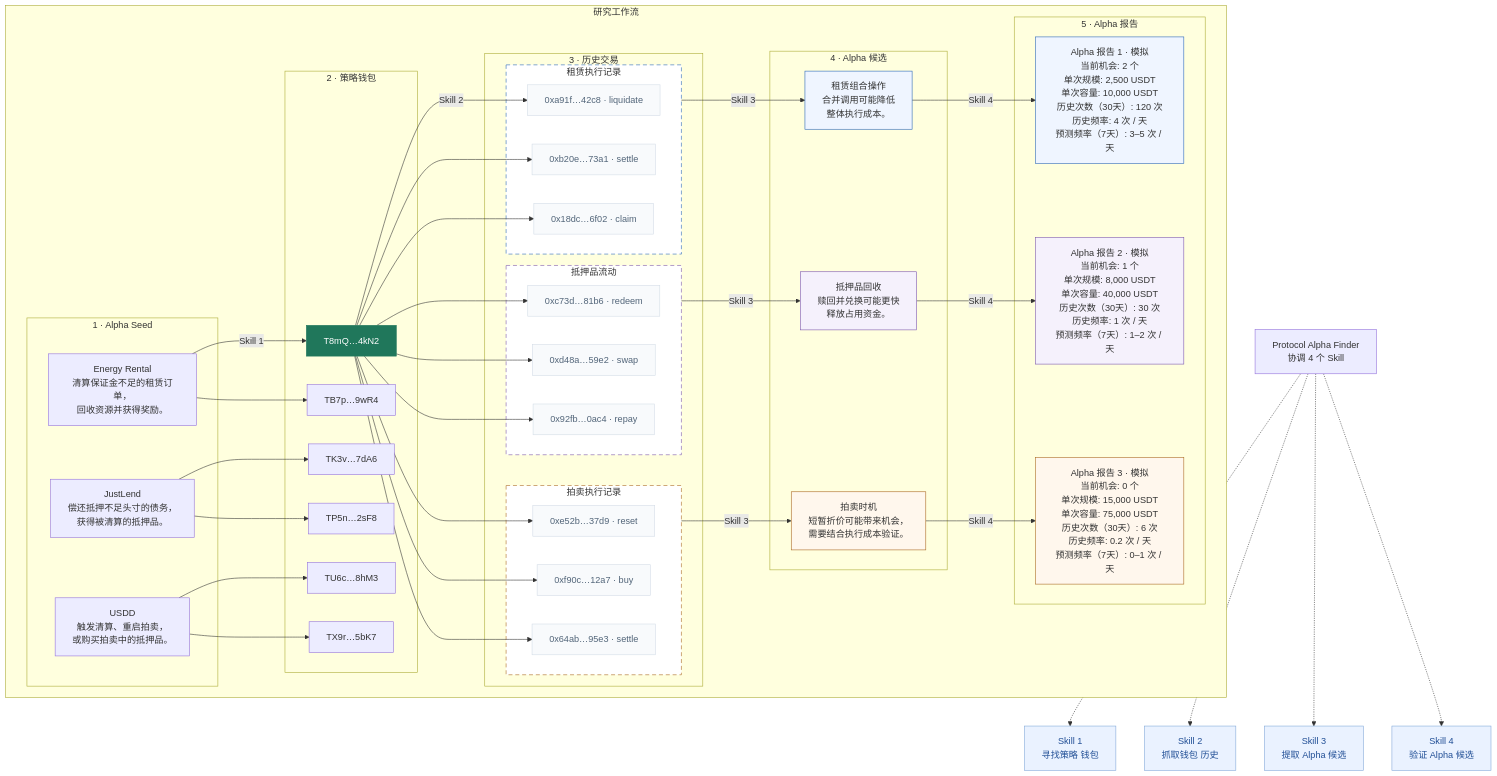
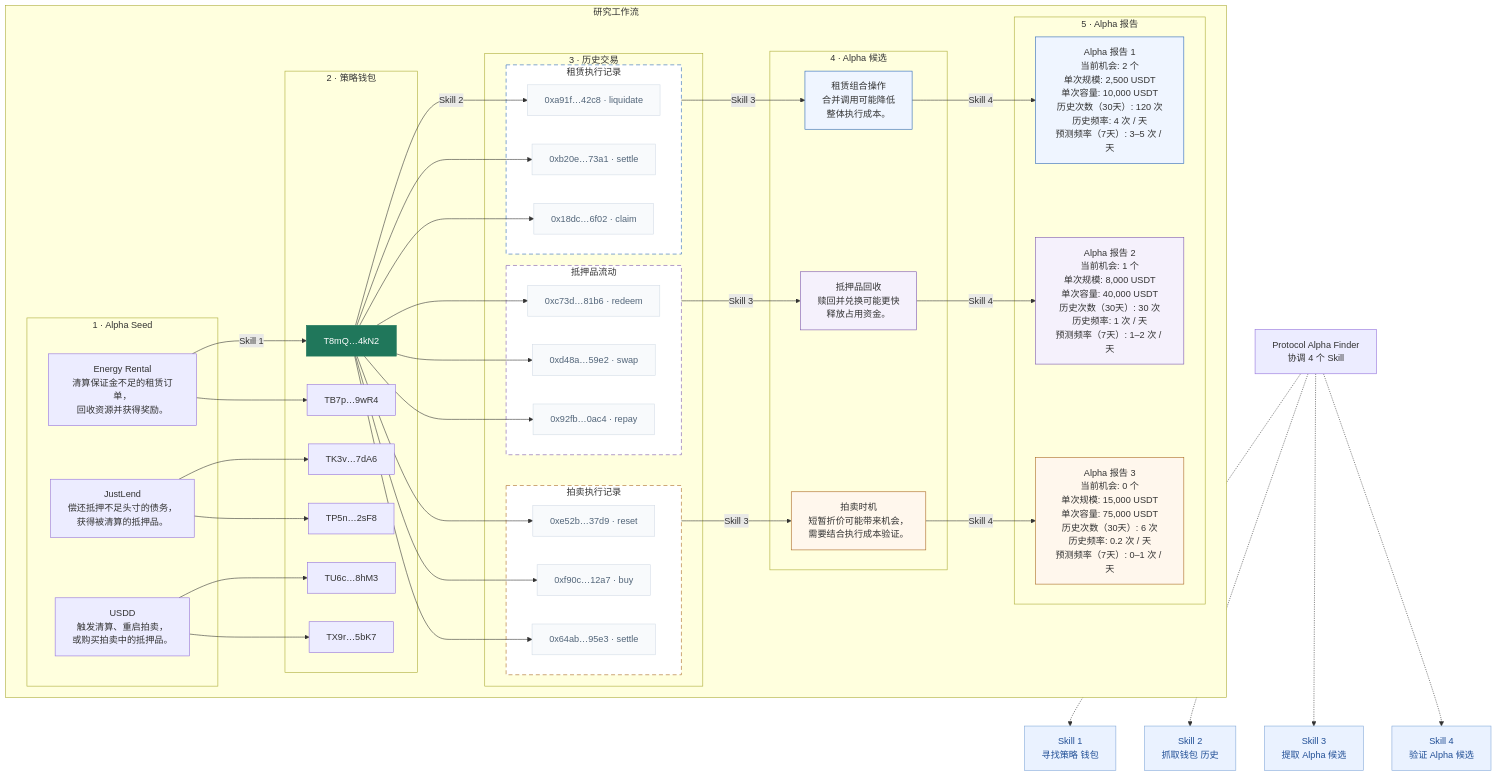
The diagram in docs/diagrams/system-architecture-zh-CN.mmd (qinyh10300/protocol-alpha-finder), drawn with Mermaid before and after one commit. The commit also changed 6 other files, not shown here.

Commit message:
Remove visible mock labels from architecture diagram

```diff
--- a/docs/diagrams/system-architecture-zh-CN.mmd
+++ b/docs/diagrams/system-architecture-zh-CN.mmd
@@ -1,98 +1,98 @@
 flowchart TB
     subgraph FLOW["研究工作流"]
         direction LR
         subgraph SEEDS["1 · Alpha Seed"]
             SEED0["Energy Rental<br/>清算保证金不足的租赁订单，<br/>回收资源并获得奖励。"]
             SEED1["JustLend<br/>偿还抵押不足头寸的债务，<br/>获得被清算的抵押品。"]
             SEED2["USDD<br/>触发清算、重启拍卖，<br/>或购买拍卖中的抵押品。"]
         end
         subgraph WALLETS["2 · 策略钱包"]
             WALLET0["T8mQ…4kN2"]
             WALLET1["TB7p…9wR4"]
             WALLET2["TK3v…7dA6"]
             WALLET3["TP5n…2sF8"]
             WALLET4["TU6c…8hM3"]
             WALLET5["TX9r…5bK7"]
         end
         subgraph HISTORYS["3 · 历史交易"]
             subgraph HISTORY0["租赁执行记录"]
                 TX00["0xa91f…42c8 · liquidate"]
                 TX01["0xb20e…73a1 · settle"]
                 TX02["0x18dc…6f02 · claim"]
             end
             subgraph HISTORY1["抵押品流动"]
                 TX10["0xc73d…81b6 · redeem"]
                 TX11["0xd48a…59e2 · swap"]
                 TX12["0x92fb…0ac4 · repay"]
             end
             subgraph HISTORY2["拍卖执行记录"]
                 TX20["0xe52b…37d9 · reset"]
                 TX21["0xf90c…12a7 · buy"]
                 TX22["0x64ab…95e3 · settle"]
             end
         end
         subgraph CANDIDATES["4 · Alpha 候选"]
             CANDIDATE0["租赁组合操作<br/>合并调用可能降低<br/>整体执行成本。"]
             CANDIDATE1["抵押品回收<br/>赎回并兑换可能更快<br/>释放占用资金。"]
             CANDIDATE2["拍卖时机<br/>短暂折价可能带来机会，<br/>需要结合执行成本验证。"]
         end
         subgraph REPORTS["5 · Alpha 报告"]
-            REPORT0["Alpha 报告 1 · 模拟<br/>当前机会: 2 个<br/>单次规模: 2,500 USDT<br/>单次容量: 10,000 USDT<br/>历史次数（30天）: 120 次<br/>历史频率: 4 次 / 天<br/>预测频率（7天）: 3–5 次 / 天"]
-            REPORT1["Alpha 报告 2 · 模拟<br/>当前机会: 1 个<br/>单次规模: 8,000 USDT<br/>单次容量: 40,000 USDT<br/>历史次数（30天）: 30 次<br/>历史频率: 1 次 / 天<br/>预测频率（7天）: 1–2 次 / 天"]
-            REPORT2["Alpha 报告 3 · 模拟<br/>当前机会: 0 个<br/>单次规模: 15,000 USDT<br/>单次容量: 75,000 USDT<br/>历史次数（30天）: 6 次<br/>历史频率: 0.2 次 / 天<br/>预测频率（7天）: 0–1 次 / 天"]
+            REPORT0["Alpha 报告 1<br/>当前机会: 2 个<br/>单次规模: 2,500 USDT<br/>单次容量: 10,000 USDT<br/>历史次数（30天）: 120 次<br/>历史频率: 4 次 / 天<br/>预测频率（7天）: 3–5 次 / 天"]
+            REPORT1["Alpha 报告 2<br/>当前机会: 1 个<br/>单次规模: 8,000 USDT<br/>单次容量: 40,000 USDT<br/>历史次数（30天）: 30 次<br/>历史频率: 1 次 / 天<br/>预测频率（7天）: 1–2 次 / 天"]
+            REPORT2["Alpha 报告 3<br/>当前机会: 0 个<br/>单次规模: 15,000 USDT<br/>单次容量: 75,000 USDT<br/>历史次数（30天）: 6 次<br/>历史频率: 0.2 次 / 天<br/>预测频率（7天）: 0–1 次 / 天"]
         end
         SEED0 -->|Skill 1| WALLET0
         SEED0 --> WALLET1
         SEED1 --> WALLET2
         SEED1 --> WALLET3
         SEED2 --> WALLET4
         SEED2 --> WALLET5
         WALLET0 -->|Skill 2| TX00
         WALLET0 --> TX01
         WALLET0 --> TX02
         WALLET0 --> TX10
         WALLET0 --> TX11
         WALLET0 --> TX12
         WALLET0 --> TX20
         WALLET0 --> TX21
         WALLET0 --> TX22
         HISTORY0 -->|Skill 3| CANDIDATE0
         HISTORY1 -->|Skill 3| CANDIDATE1
         HISTORY2 -->|Skill 3| CANDIDATE2
         CANDIDATE0 -->|Skill 4| REPORT0
         CANDIDATE1 -->|Skill 4| REPORT1
         CANDIDATE2 -->|Skill 4| REPORT2
     end
     S1["Skill 1<br/>寻找策略 钱包"]
     S2["Skill 2<br/>抓取钱包 历史"]
     S3["Skill 3<br/>提取 Alpha 候选"]
     S4["Skill 4<br/>验证 Alpha 候选"]
     COORD["Protocol Alpha Finder<br/>协调 4 个 Skill"]
     COORD -.-> S1
     COORD -.-> S2
     COORD -.-> S3
     COORD -.-> S4
     style WALLET0 fill:#20775b,stroke:#20775b,color:#ffffff
     style S1 fill:#eaf2ff,stroke:#83a8d8,color:#214f96
     style S2 fill:#eaf2ff,stroke:#83a8d8,color:#214f96
     style S3 fill:#eaf2ff,stroke:#83a8d8,color:#214f96
     style S4 fill:#eaf2ff,stroke:#83a8d8,color:#214f96
     style HISTORY0 fill:#ffffff,stroke:#2563b8,stroke-dasharray:7 5
     style CANDIDATE0 fill:#eff5ff,stroke:#2563b8
     style REPORT0 fill:#eff5ff,stroke:#2563b8
     style TX00 fill:#f8fafc,stroke:#d3dce6,color:#526579
     style TX01 fill:#f8fafc,stroke:#d3dce6,color:#526579
     style TX02 fill:#f8fafc,stroke:#d3dce6,color:#526579
     style HISTORY1 fill:#ffffff,stroke:#7953ad,stroke-dasharray:7 5
     style CANDIDATE1 fill:#f5f1fc,stroke:#7953ad
     style REPORT1 fill:#f5f1fc,stroke:#7953ad
     style TX10 fill:#f8fafc,stroke:#d3dce6,color:#526579
     style TX11 fill:#f8fafc,stroke:#d3dce6,color:#526579
     style TX12 fill:#f8fafc,stroke:#d3dce6,color:#526579
     style HISTORY2 fill:#ffffff,stroke:#a8661e,stroke-dasharray:7 5
     style CANDIDATE2 fill:#fff7ed,stroke:#a8661e
     style REPORT2 fill:#fff7ed,stroke:#a8661e
     style TX20 fill:#f8fafc,stroke:#d3dce6,color:#526579
     style TX21 fill:#f8fafc,stroke:#d3dce6,color:#526579
     style TX22 fill:#f8fafc,stroke:#d3dce6,color:#526579
     %% 地址、交易与报告内容均为方法示意。Skill 2 抓取选中钱包的历史交易，三组虚线标出的证据分别支持三个候选假设。Skill 4 验证每个候选并生成各自的 Alpha 报告。Protocol Alpha Finder 统一协调四个操作。采集与复查由手动发起，并记录历史覆盖情况。 报告指标均为模拟数据 · 规模为单次典型投入，容量为单次最大可投入资金；预测频率为未来 7 天的示意。
```
